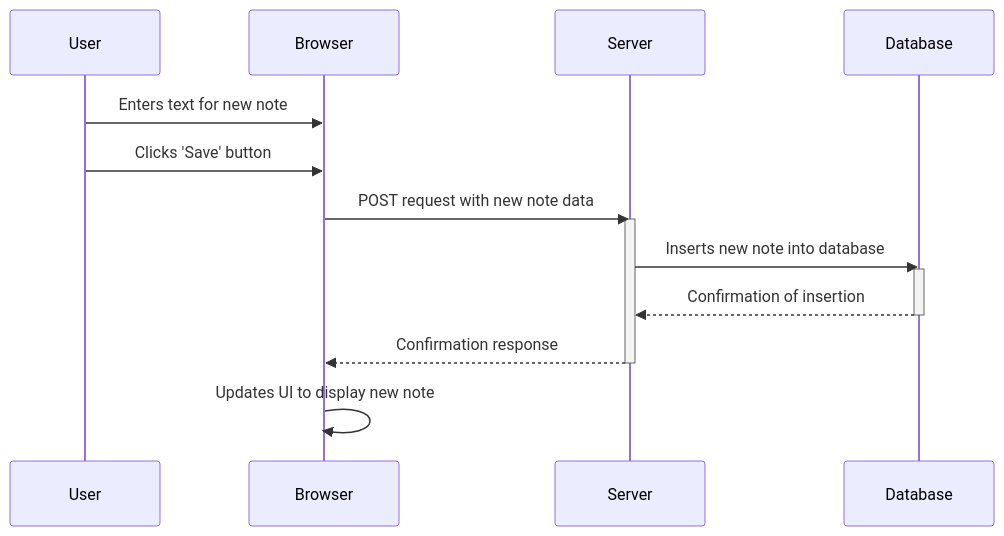
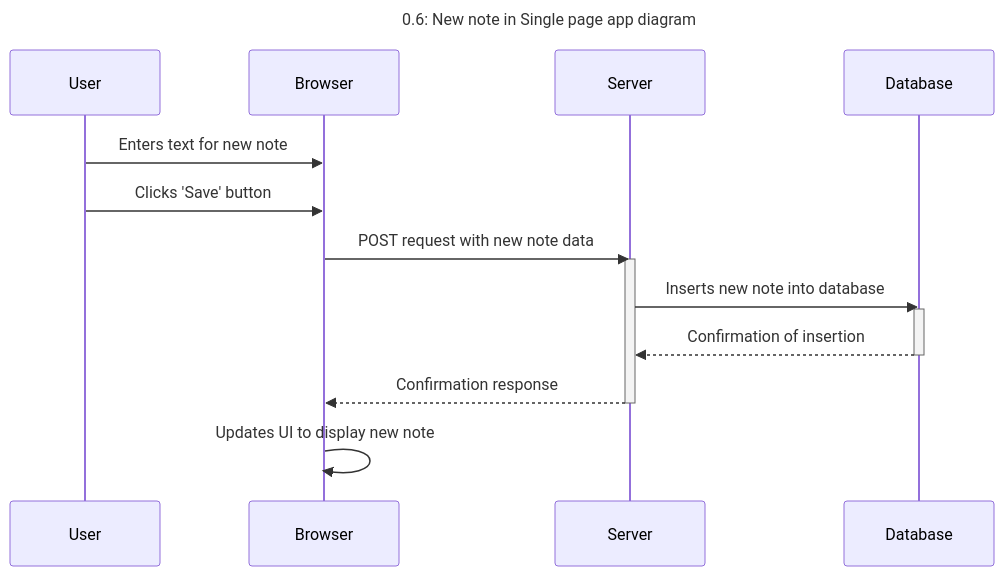
One commit to mesfin-2/Fullstackopen-2024 changed the diagram in part0/newNoteSinglePage.md. Above: the diagram before and after it, drawn with Mermaid.

````diff
--- a/part0/newNoteSinglePage.md
+++ b/part0/newNoteSinglePage.md
@@ -1,22 +1,23 @@
 ```mermaid
 sequenceDiagram
+    title 0.6: New note in Single page app diagram
     participant User
     participant Browser
     participant Server
     participant Database
 
     User->>Browser: Enters text for new note
     User->>Browser: Clicks 'Save' button
     Browser->>Server: POST request with new note data
     activate Server
     Server->>Database: Inserts new note into database
     activate Database
     Database-->>Server: Confirmation of insertion
     deactivate Database
     Server-->>Browser: Confirmation response
     deactivate Server
     Browser->>Browser: Updates UI to display new note
 
 
 
 ```
````
